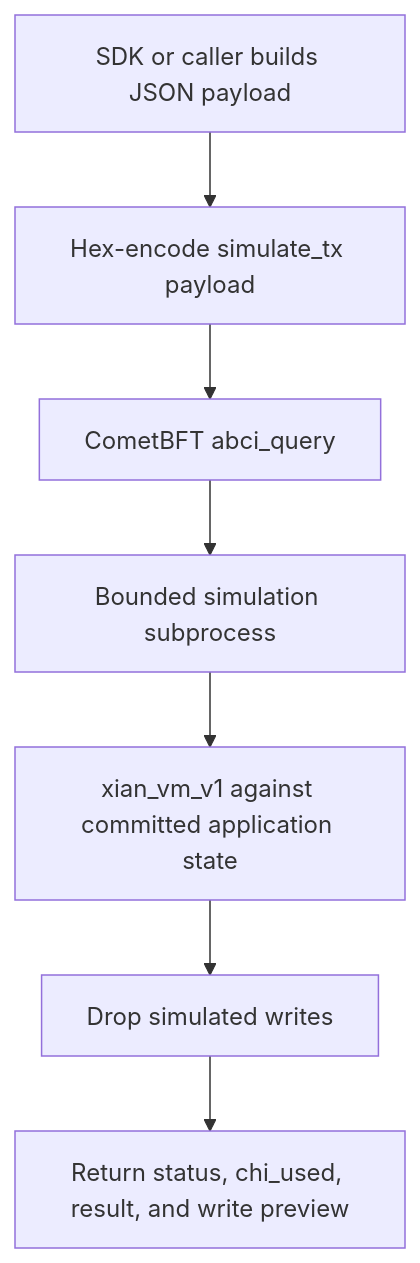
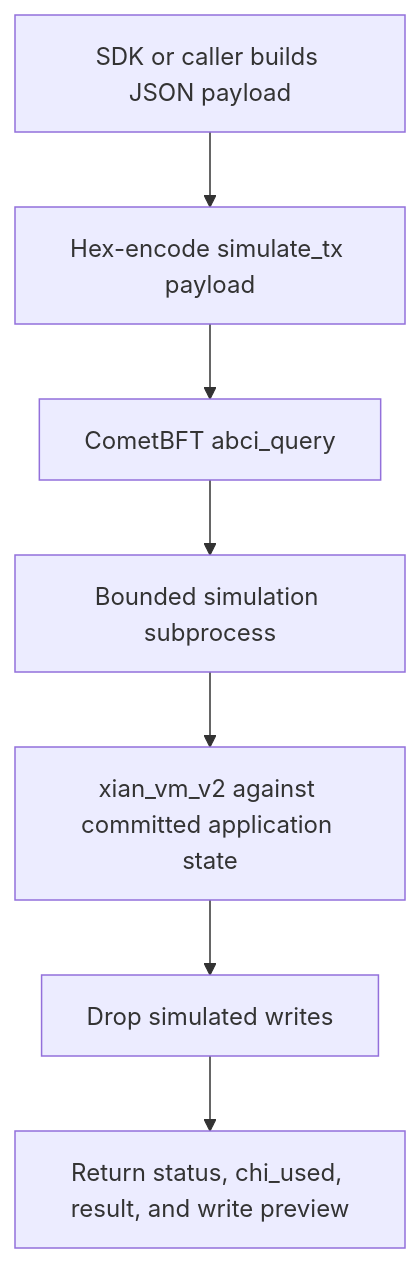
One commit to xian-technology/xian-docs-web changed the diagram in api/dry-runs.md. Above: the diagram before and after it, drawn with Mermaid. The commit also changed other lines of this file and 61 other files, not shown here.

````diff
--- a/api/dry-runs.md
+++ b/api/dry-runs.md
@@ -27,17 +27,17 @@
 ```mermaid
 flowchart TD
   SDK["SDK or caller builds JSON payload"]
   Encode["Hex-encode simulate_tx payload"]
   Query["CometBFT abci_query"]
   Worker["Bounded simulation subprocess"]
-  Runtime["xian_vm_v1 against committed application state"]
+  Runtime["xian_vm_v2 against committed application state"]
   Drop["Drop simulated writes"]
   Result["Return status, chi_used, result, and write preview"]
 
   SDK --> Encode
   Encode --> Query
   Query --> Worker
   Worker --> Runtime
   Runtime --> Drop
   Drop --> Result
 ```
````
